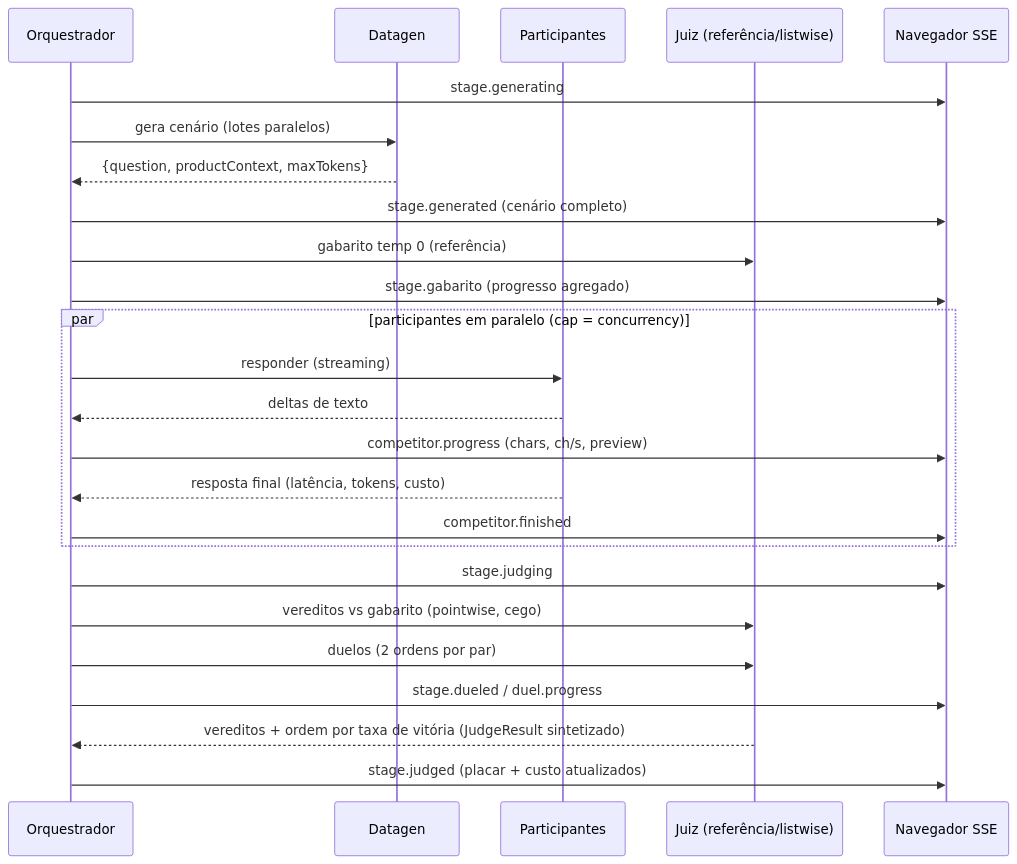
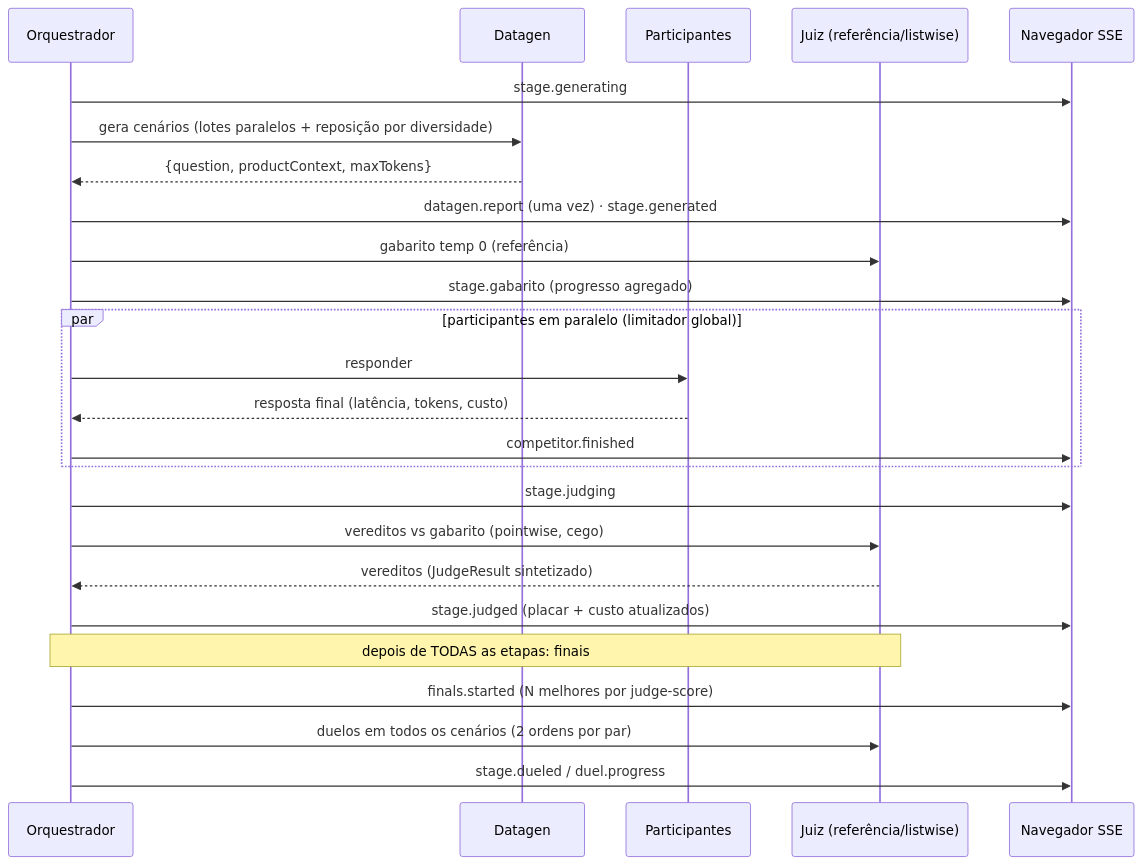
One commit to frederico-kluser/prompt-builder changed the second of 2 diagrams in README.md. Above: the diagram before and after it, drawn with Mermaid. The commit also changed other lines of this file, not shown here.

````diff
--- a/README.md
+++ b/README.md
@@ -360,28 +459,28 @@
 ```mermaid
 sequenceDiagram
   participant O as Orquestrador
   participant D as Datagen
   participant K as Participantes
   participant J as Juiz (referência/listwise)
   participant UI as Navegador SSE
 
   O->>UI: stage.generating
-  O->>D: gera cenário (lotes paralelos)
+  O->>D: gera cenários (lotes paralelos + reposição por diversidade)
   D-->>O: {question, productContext, maxTokens}
-  O->>UI: stage.generated (cenário completo)
+  O->>UI: datagen.report (uma vez) · stage.generated
   O->>J: gabarito temp 0 (referência)
   O->>UI: stage.gabarito (progresso agregado)
-  par participantes em paralelo (cap = concurrency)
-    O->>K: responder (streaming)
-    K-->>O: deltas de texto
-    O->>UI: competitor.progress (chars, ch/s, preview)
+  par participantes em paralelo (limitador global)
+    O->>K: responder
     K-->>O: resposta final (latência, tokens, custo)
     O->>UI: competitor.finished
   end
   O->>UI: stage.judging
   O->>J: vereditos vs gabarito (pointwise, cego)
-  O->>J: duelos (2 ordens por par)
+  J-->>O: vereditos (JudgeResult sintetizado)
+  O->>UI: stage.judged (placar + custo atualizados)
+  Note over O,J: depois de TODAS as etapas: finais
+  O->>UI: finals.started (N melhores por judge-score)
+  O->>J: duelos em todos os cenários (2 ordens por par)
   O->>UI: stage.dueled / duel.progress
-  J-->>O: vereditos + ordem por taxa de vitória (JudgeResult sintetizado)
-  O->>UI: stage.judged (placar + custo atualizados)
 ```
````
